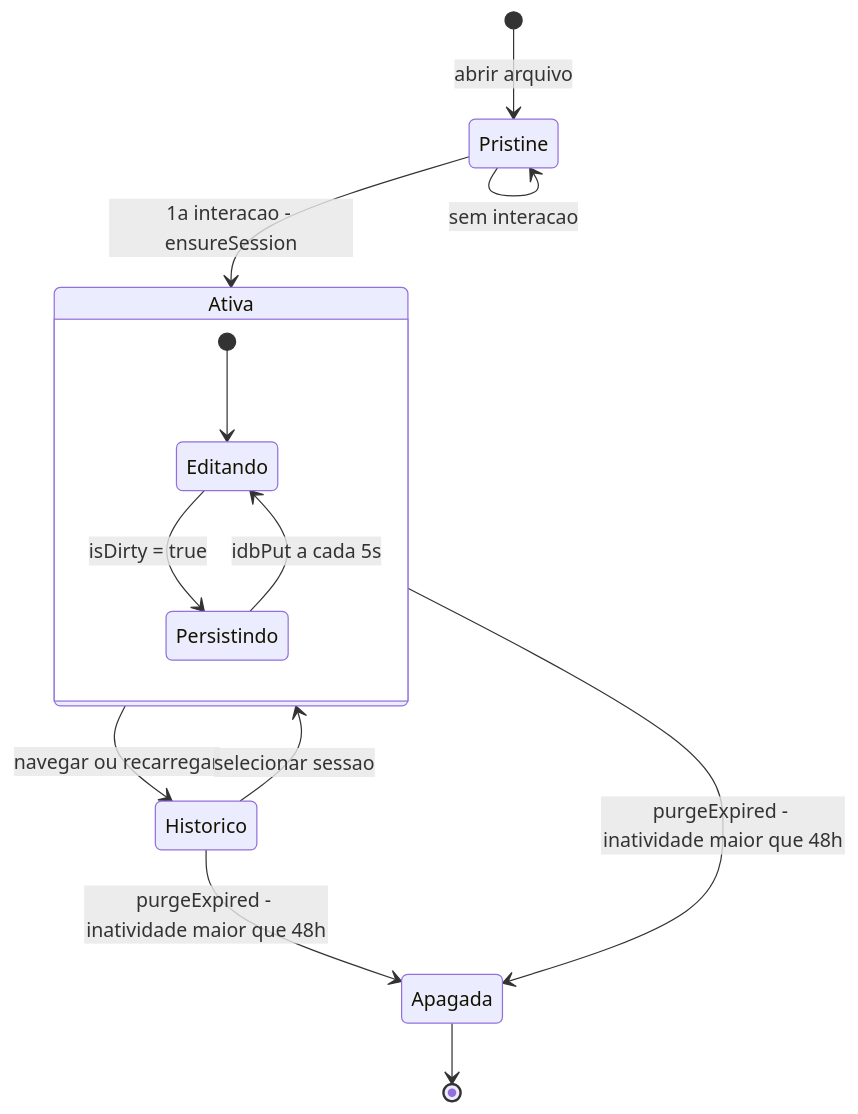
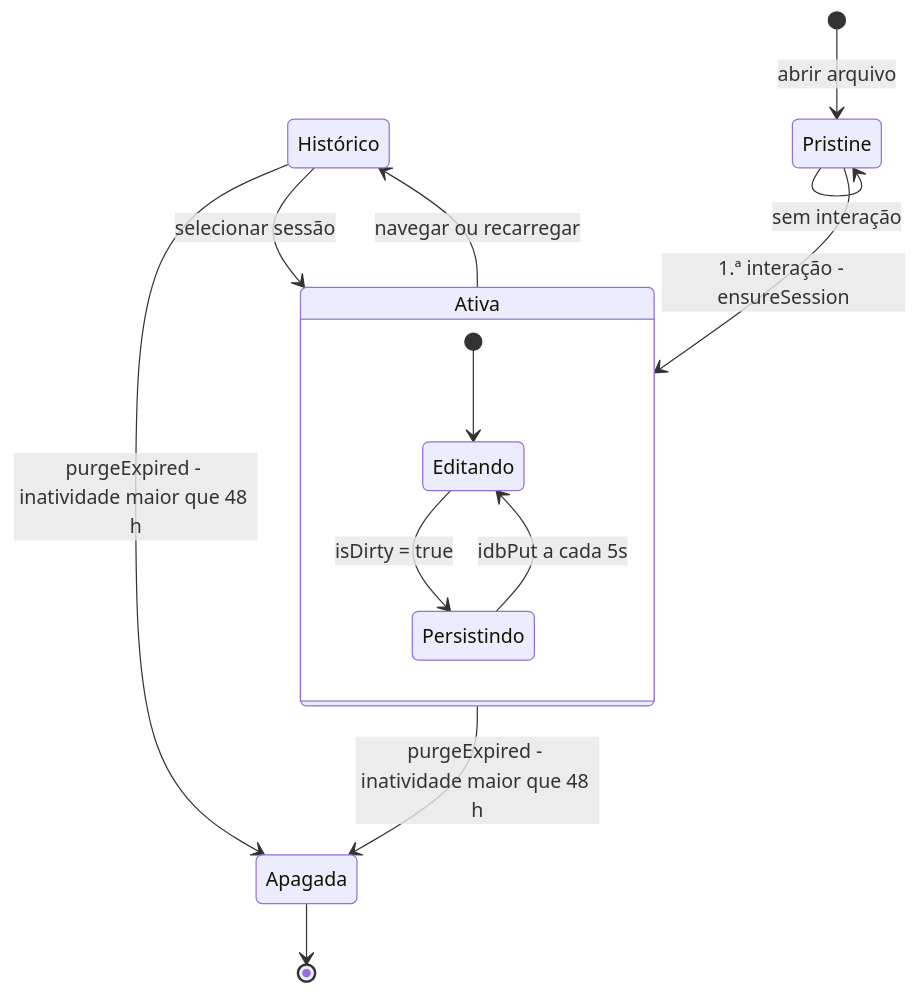
Before and after one commit to diogocarvalhoinfo/capture-engine: the second of 3 diagrams in README.md, drawn with Mermaid. The commit also changed other lines of this file and 3 other files, not shown here.

````diff
--- a/README.md
+++ b/README.md
@@ -796,16 +773,17 @@
 ```mermaid
 stateDiagram-v2
+    state "Histórico" as Historico
     [*] --> Pristine : abrir arquivo
-    Pristine --> Pristine : sem interacao
-    Pristine --> Ativa : 1a interacao - ensureSession
+    Pristine --> Pristine : sem interação
+    Pristine --> Ativa : 1.ª interação - ensureSession
     state Ativa {
         [*] --> Editando
         Editando --> Persistindo : isDirty = true
         Persistindo --> Editando : idbPut a cada 5s
     }
     Ativa --> Historico : navegar ou recarregar
-    Historico --> Ativa : selecionar sessao
-    Historico --> Apagada : purgeExpired - inatividade maior que 48h
-    Ativa --> Apagada : purgeExpired - inatividade maior que 48h
+    Historico --> Ativa : selecionar sessão
+    Historico --> Apagada : purgeExpired - inatividade maior que 48 h
+    Ativa --> Apagada : purgeExpired - inatividade maior que 48 h
     Apagada --> [*]
 ```
````
